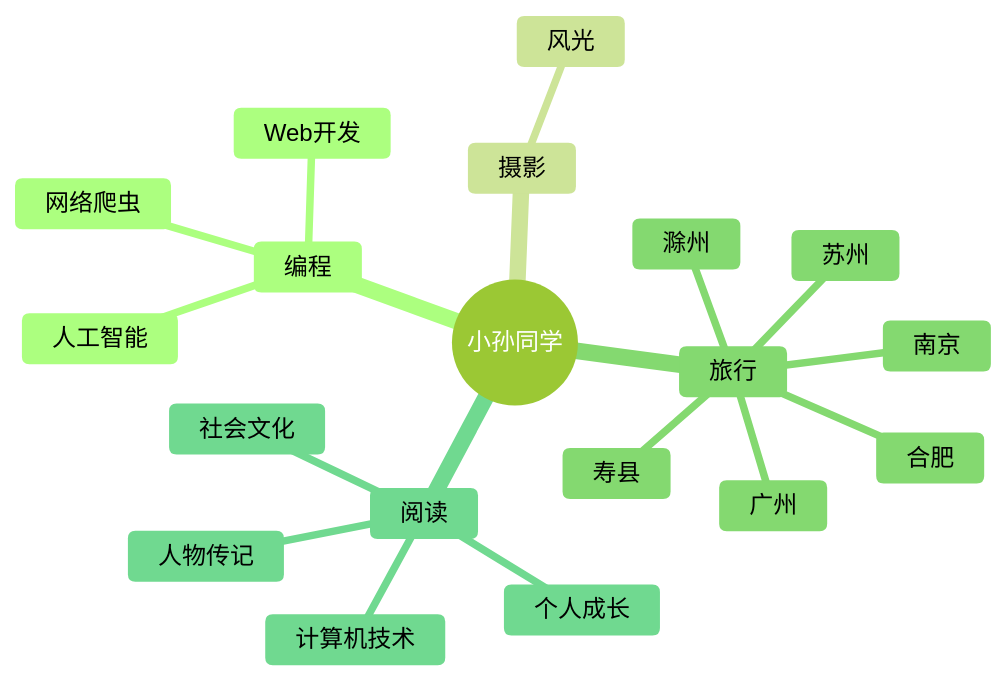
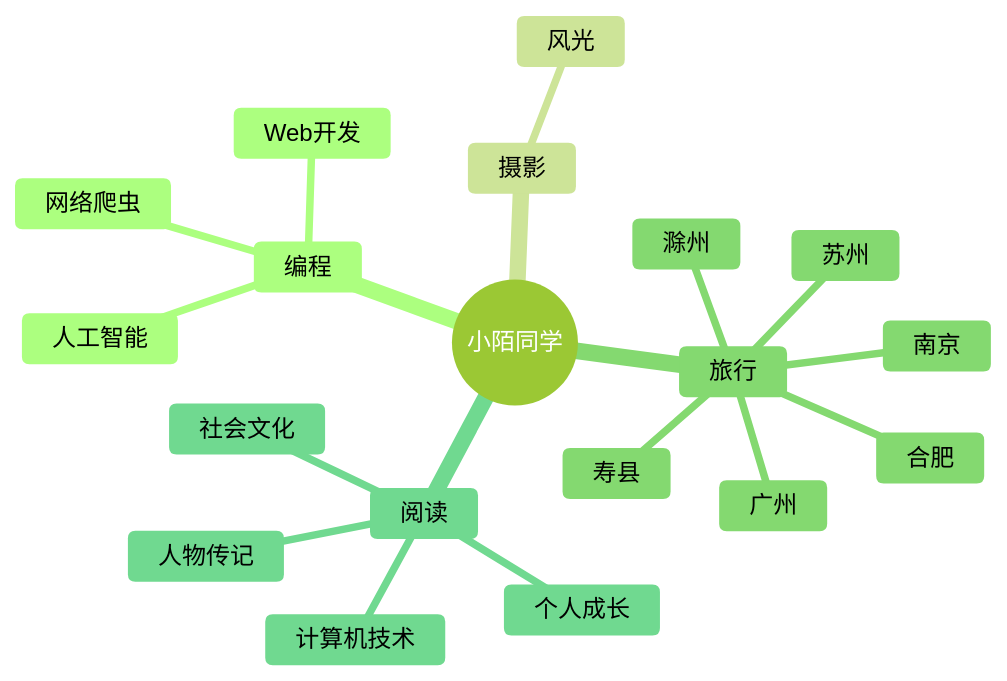
One commit to sun0225SUN/sun0225SUN changed the diagram in README.md. Above: the diagram before and after it, drawn with Mermaid (forest theme). The commit also changed other lines of this file, not shown here.

````diff
--- a/README.md
+++ b/README.md
@@ -198,22 +150,22 @@
 ```mermaid
 mindmap
-  root((小孙同学))
+  root((小陌同学))
     编程
       Web开发
       网络爬虫
       人工智能
     摄影
       风光
     旅行
       广州
       苏州
       南京
       滁州
       合肥
       寿县
     阅读
       人物传记
       个人成长
       社会文化
       计算机技术
 ```
````
